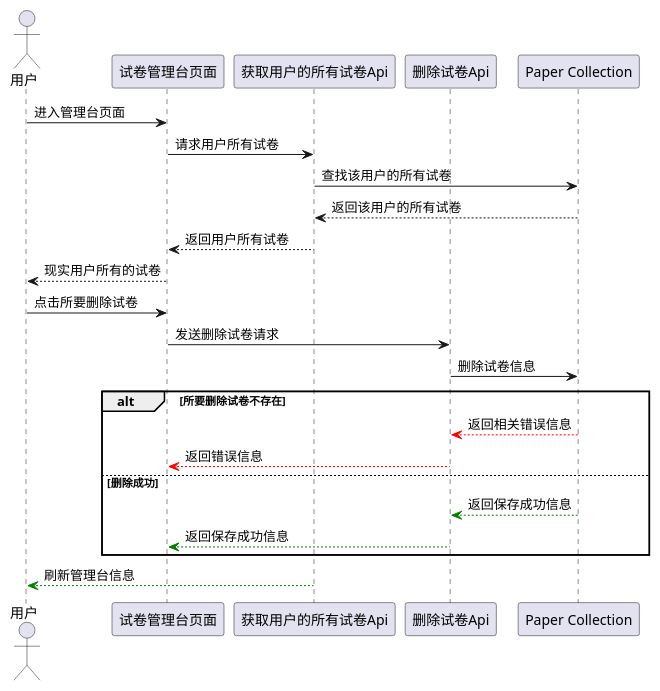
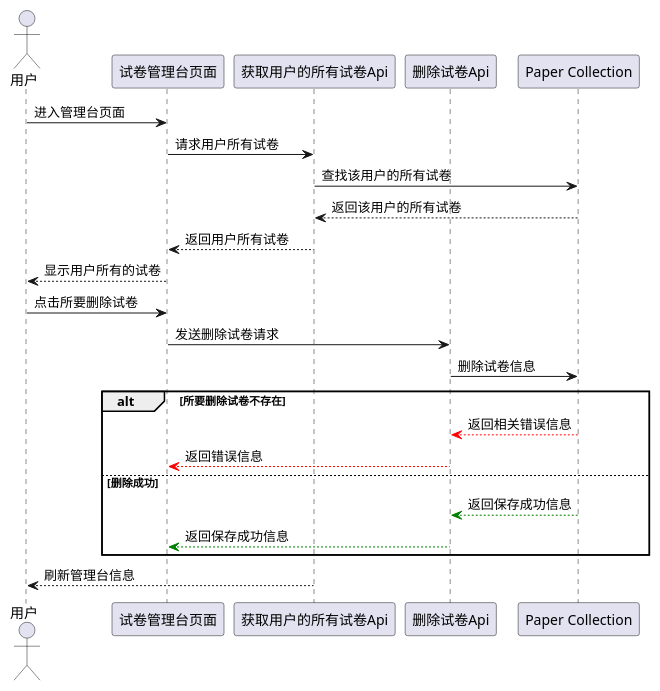
One commit to ringoyungpo/cetutor-doc changed the tenth of 13 diagrams in cetutor.md. Above: the diagram before and after it, drawn with PlantUML. The commit also changed other lines of this file, not shown here.

````diff
--- a/cetutor.md
+++ b/cetutor.md
@@ -651,26 +651,26 @@
 ```puml
 actor 用户 as A
 participant "试卷管理台页面" as B
 participant "获取用户的所有试卷Api" as C
 participant "删除试卷Api" as D
 participant "Paper Collection" as E
 
 A -> B: 进入管理台页面
 B -> C: 请求用户所有试卷
 C -> E: 查找该用户的所有试卷
 C <-- E: 返回该用户的所有试卷
 B <-- C: 返回用户所有试卷
-A <-- B: 现实用户所有的试卷
+A <-- B: 显示用户所有的试卷
 
 A -> B: 点击所要删除试卷
 B -> D: 发送删除试卷请求
 D -> E: 删除试卷信息
 alt 所要删除试卷不存在
 	D <[#red]-- E : 返回相关错误信息
 	B <[#red]-- D : 返回错误信息
 else 删除成功
 	D <[#green]-- E: 返回保存成功信息
 	B <[#green]-- D: 返回保存成功信息
 end
-A <[#green]-- C: 刷新管理台信息
+A <-- C: 刷新管理台信息
 ```
````
